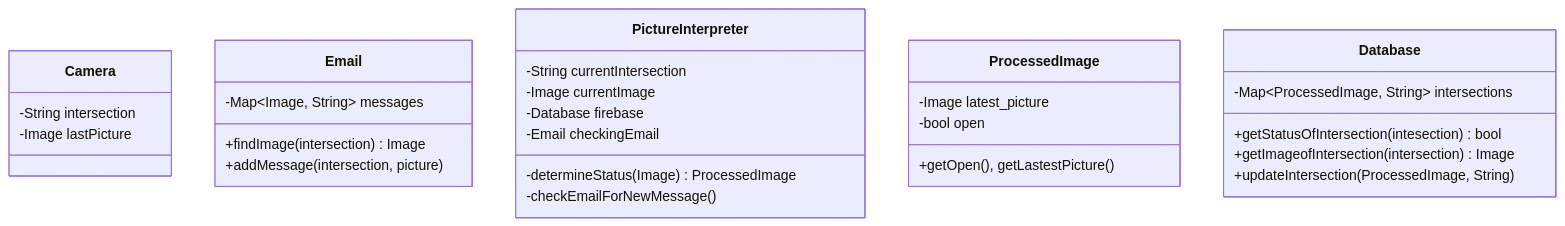
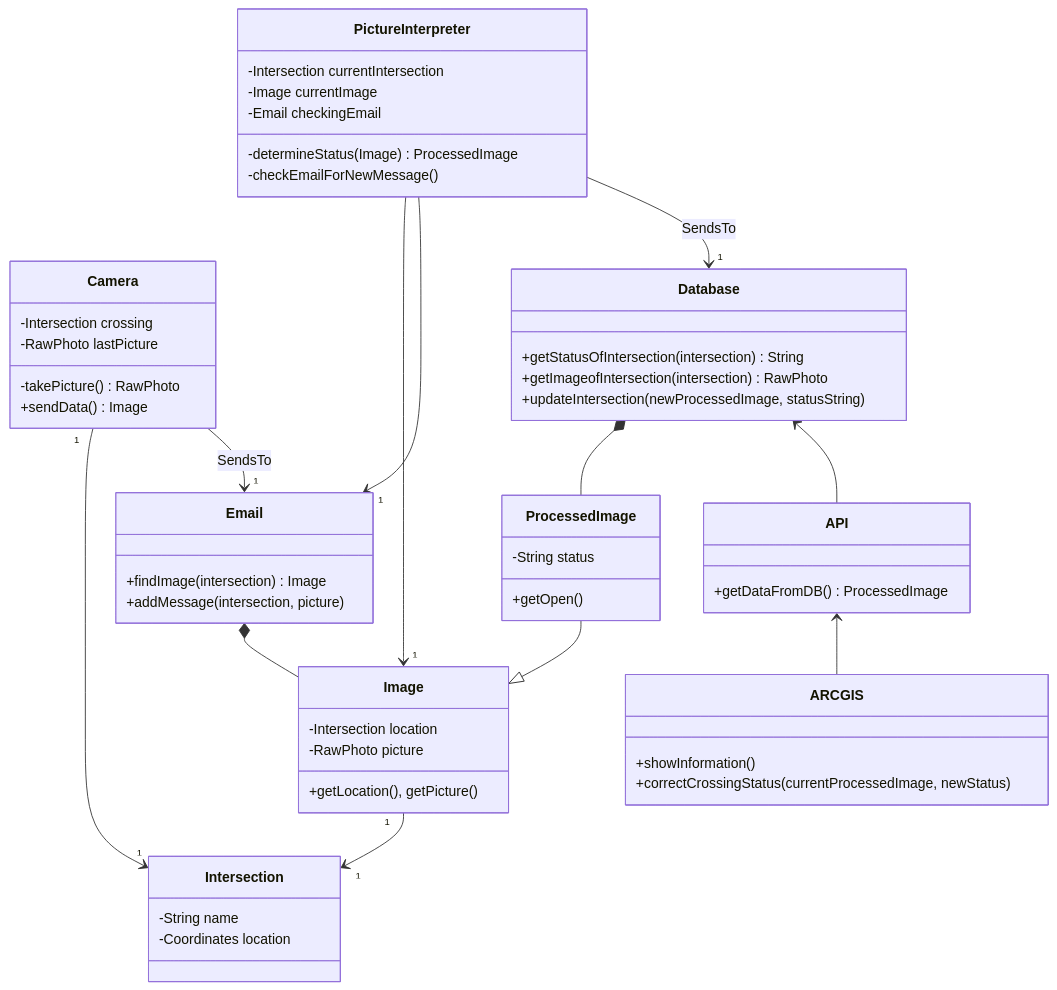
Before and after one commit to iauker01/InterFact: the diagram in Design/DomainModel.md, drawn with Mermaid.

Commit message:
Finish DomainModel.md

````diff
--- a/Design/DomainModel.md
+++ b/Design/DomainModel.md
@@ -2,27 +2,48 @@
 ```mermaid
 classDiagram
+  class Intersection
+    Intersection : -String name
+    Intersection : -Coordinates location
   class Camera
-    Camera : -String intersection
-    Camera : -Image lastPicture
+    Camera : -Intersection crossing
+    Camera : -RawPhoto lastPicture
+    Camera : -takePicture() RawPhoto
+    Camera : +sendData() Image
+  Camera "1" --> "1" Intersection
+  Camera --> "1" Email : SendsTo
+  class Image
+    Image : -Intersection location
+    Image : -RawPhoto picture
+    Image : +getLocation(), getPicture()
+  Image "1" --> "1" Intersection
   class Email
-    Email : -Map~Image, String~ messages
     Email : +findImage(intersection) Image
     Email : +addMessage(intersection, picture)
+  Email *-- Image
   class PictureInterpreter
-    PictureInterpreter : -String currentIntersection
+    PictureInterpreter : -Intersection currentIntersection
     PictureInterpreter : -Image currentImage
-    PictureInterpreter : -Database firebase
     PictureInterpreter : -Email checkingEmail
     PictureInterpreter : -determineStatus(Image) ProcessedImage
     PictureInterpreter : -checkEmailForNewMessage()
+  PictureInterpreter --> "1" Image
+  PictureInterpreter --> "1" Email
+  PictureInterpreter --> "1" Database : SendsTo
   class ProcessedImage
-    ProcessedImage: -Image latest_picture
-    ProcessedImage: -bool open
-    ProcessedImage: +getOpen(), getLastestPicture()
+    ProcessedImage: -String status
+    ProcessedImage: +getOpen()
+  ProcessedImage --|> Image
   class Database
-    Database : -Map~ProcessedImage, String~ intersections
-    Database : +getStatusOfIntersection(intesection) bool
-    Database : +getImageofIntersection(intersection) Image
-    Database : +updateIntersection(ProcessedImage, String)
-
+    Database : +getStatusOfIntersection(intersection) String
+    Database : +getImageofIntersection(intersection) RawPhoto
+    Database : +updateIntersection(newProcessedImage, statusString)
+  Database *-- ProcessedImage
+  Class API
+    API : +getDataFromDB() ProcessedImage
+  Database <-- API
+  Class ARCGIS
+    ARCGIS : +showInformation()
+    ARCGIS : +correctCrossingStatus(currentProcessedImage, newStatus)
+  API <-- ARCGIS
+  
 ```
````
